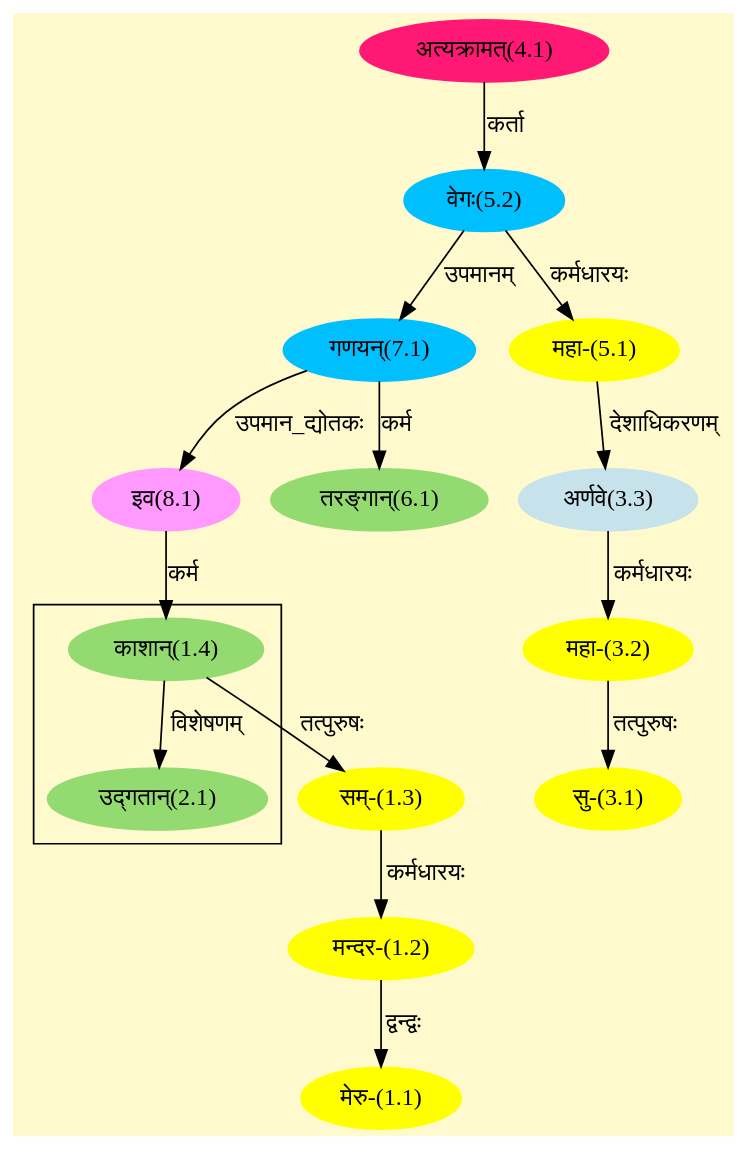
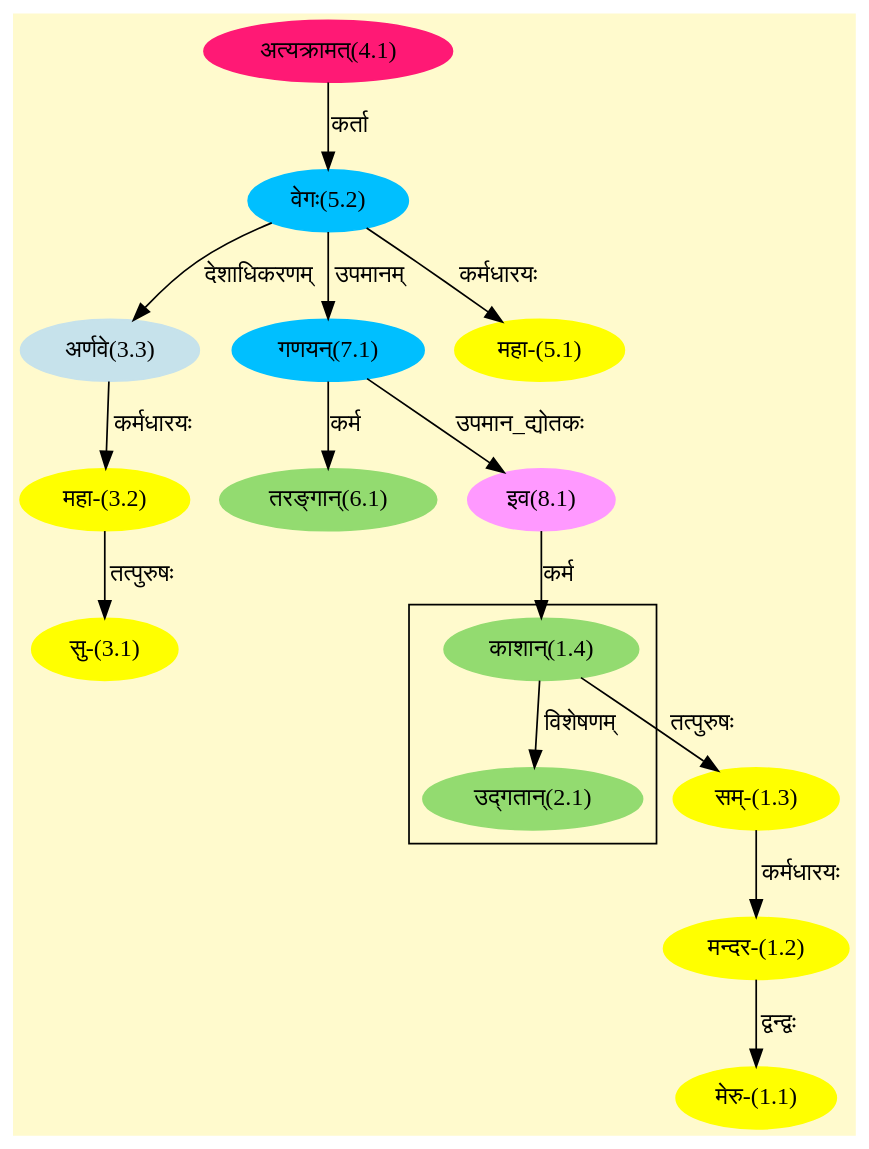
One commit to amarranjan1/skd.github.io changed the diagram in assets/graphs/01_070_1.dot. Above: the diagram before and after it, drawn with Graphviz. The commit also changed 60 other files, not shown here.

```diff
--- a/assets/graphs/01_070_1.dot
+++ b/assets/graphs/01_070_1.dot
@@ -1,40 +1,40 @@
 digraph G{
 rankdir=BT;
  compound=true;
  bgcolor="lemonchiffon1";
 
 subgraph cluster_1{
 Node2_1 [style=filled, color="#93DB70" label = "उद्गतान्(2.1)"]
 Node1_4 [style=filled, color="#93DB70" label = "काशान्(1.4)"]
 
 }
 Node1_1 [style=filled, color="#FFFF00" label = "मेरु-(1.1)"]
 Node1_2 [style=filled, color="#FFFF00" label = "मन्दर-(1.2)"]
 Node1_3 [style=filled, color="#FFFF00" label = "सम्-(1.3)"]
 Node1_4 [style=filled, color="#93DB70" label = "काशान्(1.4)"]
 Node8_1 [style=filled, color="#FF99FF" label = "इव(8.1)"]
 Node3_1 [style=filled, color="#FFFF00" label = "सु-(3.1)"]
 Node3_2 [style=filled, color="#FFFF00" label = "महा-(3.2)"]
 Node3_3 [style=filled, color="#C6E2EB" label = "अर्णवे(3.3)"]
-Node5_1 [style=filled, color="#FFFF00" label = "महा-(5.1)"]
+Node5_2 [style=filled, color="#00BFFF" label = "वेगः(5.2)"]
 Node4_1 [style=filled, color="#FF1975" label = "अत्यक्रामत्(4.1)"]
 Node [style=filled, color="" label = "()"]
-Node5_2 [style=filled, color="#00BFFF" label = "वेगः(5.2)"]
+Node5_1 [style=filled, color="#FFFF00" label = "महा-(5.1)"]
 Node6_1 [style=filled, color="#93DB70" label = "तरङ्गान्(6.1)"]
 Node7_1 [style=filled, color="#00BFFF" label = "गणयन्(7.1)"]
 /* Start of Relations section */
 
 Node1_1 -> Node1_2 [  label="द्वन्द्वः"  dir="back" ]
 Node1_2 -> Node1_3 [  label="कर्मधारयः"  dir="back" ]
 Node1_3 -> Node1_4 [  label="तत्पुरुषः"  dir="back" ]
 Node1_4 -> Node8_1 [  label="कर्म"  dir="back" ]
 Node2_1 -> Node1_4 [  label="विशेषणम्"  dir="back" ]
 Node3_1 -> Node3_2 [  label="तत्पुरुषः"  dir="back" ]
 Node3_2 -> Node3_3 [  label="कर्मधारयः"  dir="back" ]
-Node3_3 -> Node5_1 [  label="देशाधिकरणम्"  dir="back" ]
+Node3_3 -> Node5_2 [  label="देशाधिकरणम्"  dir="back" ]
 Node5_1 -> Node5_2 [  label="कर्मधारयः"  dir="back" ]
 Node5_2 -> Node4_1 [  label="कर्ता"  dir="back" ]
 Node6_1 -> Node7_1 [  label="कर्म"  dir="back" ]
 Node7_1 -> Node5_2 [  label="उपमानम्"  dir="back" ]
 Node8_1 -> Node7_1 [  label="उपमान_द्योतकः"  dir="back" ]
 }
```
